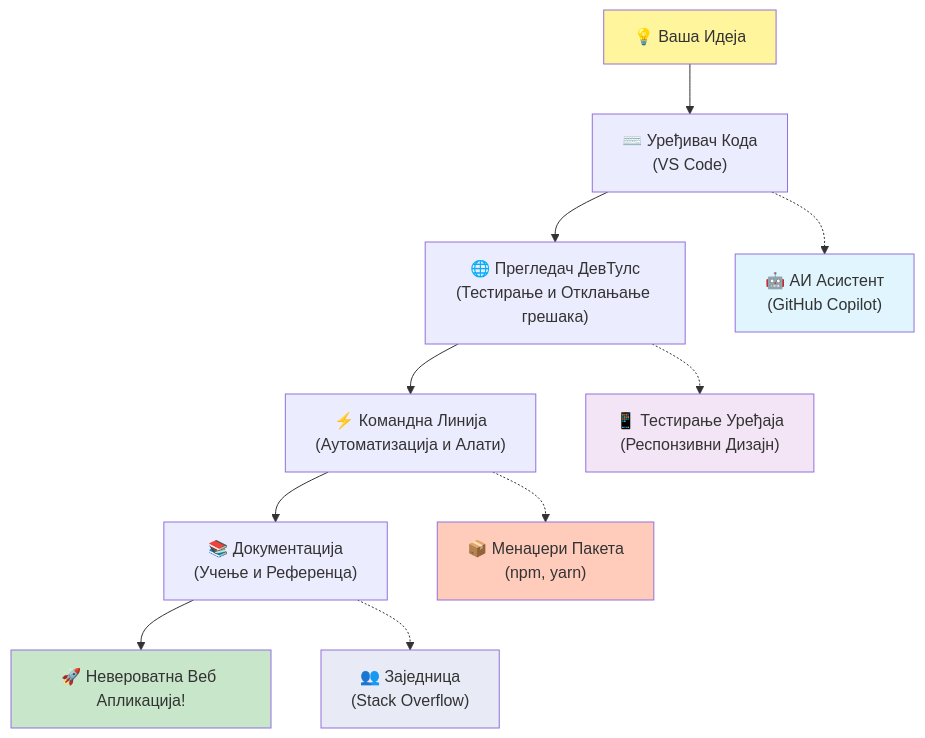
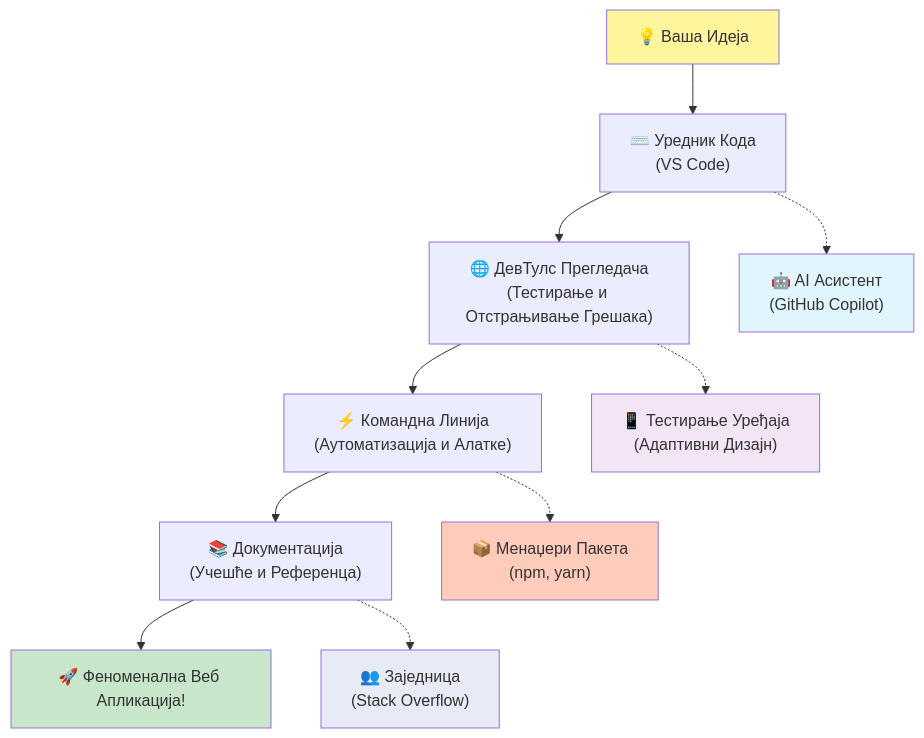
One commit to microsoft/Web-Dev-For-Beginners changed the fifth of 7 diagrams in translations/sr/1-getting-started-lessons/1-intro-to-programming-languages/README.md. Above: the diagram before and after it, drawn with Mermaid. The commit also changed other lines of this file and 8 other files, not shown here.

````diff
--- a/translations/sr/1-getting-started-lessons/1-intro-to-programming-languages/README.md
+++ b/translations/sr/1-getting-started-lessons/1-intro-to-programming-languages/README.md
@@ -488,20 +488,20 @@
 ```mermaid
 graph TD
-    A["💡 Ваша Идеја"] --> B["⌨️ Уређивач Кода<br/>(VS Code)"] 
-    B --> C["🌐 Прегледач ДевТулс<br/>(Тестирање и Отклањање грешака)"]
-    C --> D["⚡ Командна Линија<br/>(Аутоматизација и Алати)"]
-    D --> E["📚 Документација<br/>(Учење и Референца)"]
-    E --> F["🚀 Невероватна Веб Апликација!"]
+    A["💡 Ваша Идеја"] --> B["⌨️ Уредник Кода<br/>(VS Code)"] 
+    B --> C["🌐 ДевТулс Прегледача<br/>(Тестирање и Отстрањивање Грешака)"]
+    C --> D["⚡ Командна Линија<br/>(Аутоматизација и Алатке)"]
+    D --> E["📚 Документација<br/>(Учешће и Референца)"]
+    E --> F["🚀 Феноменална Веб Апликација!"]
     
-    B -.-> G["🤖 АИ Асистент<br/>(GitHub Copilot)"]
-    C -.-> H["📱 Тестирање Уређаја<br/>(Респонзивни Дизајн)"]
+    B -.-> G["🤖 AI Асистент<br/>(GitHub Copilot)"]
+    C -.-> H["📱 Тестирање Уређаја<br/>(Адаптивни Дизајн)"]
     D -.-> I["📦 Менаџери Пакета<br/>(npm, yarn)"]
     E -.-> J["👥 Заједница<br/>(Stack Overflow)"]
     
     style A fill:#fff59d
     style F fill:#c8e6c9
     style G fill:#e1f5fe
     style H fill:#f3e5f5
     style I fill:#ffccbc
     style J fill:#e8eaf6
 ```
````
